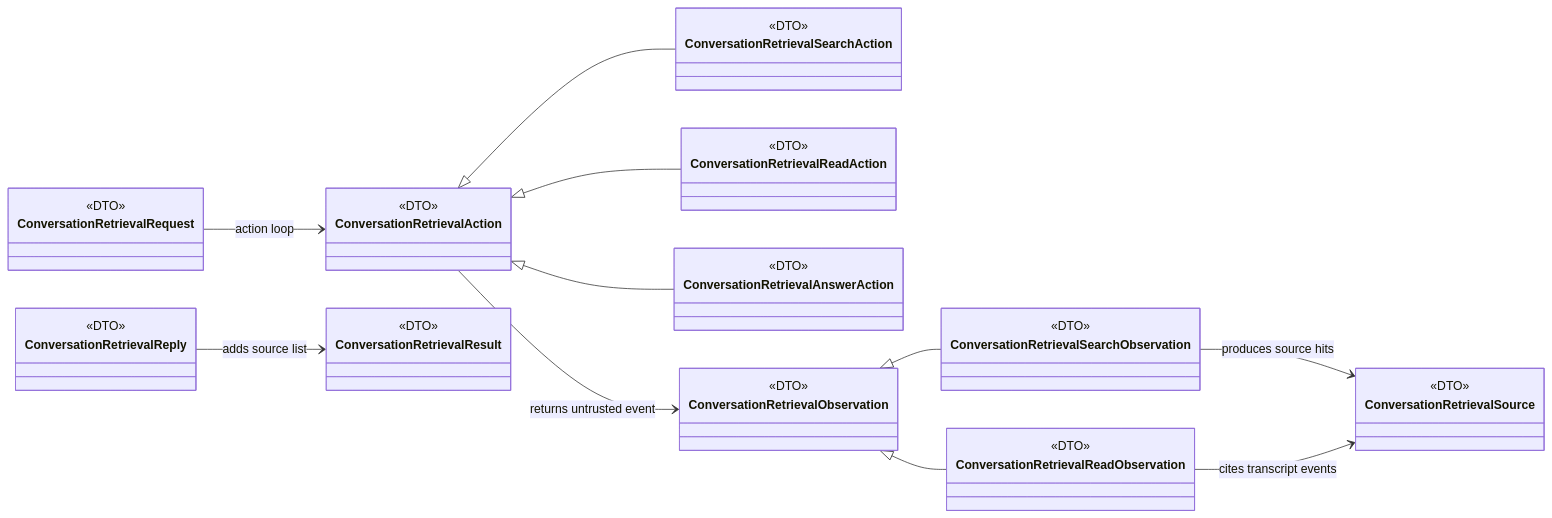
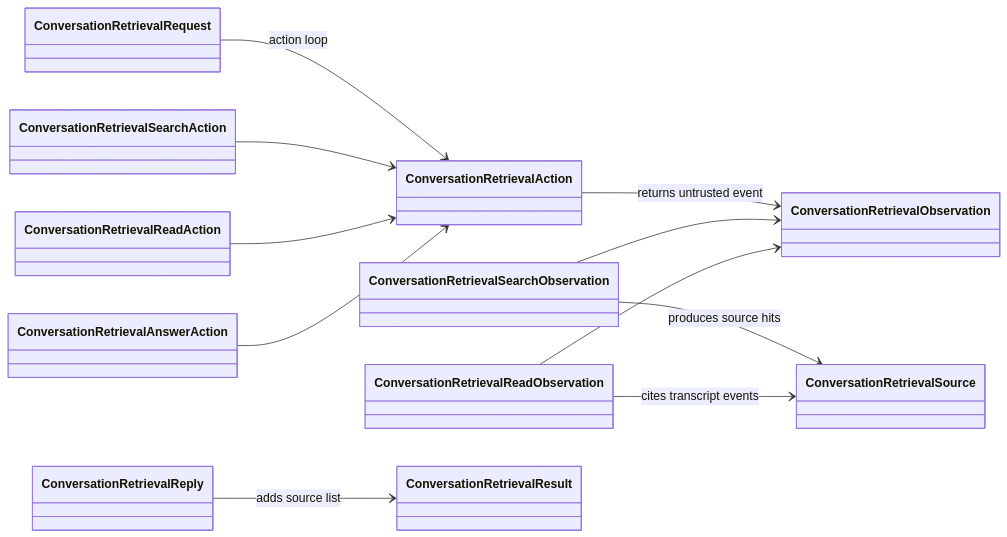
Before and after one commit to Kims-DeveloperGroup/story-writing-agents: the fifth of 5 diagrams in docs/design/overview.md, drawn with Mermaid. The commit also changed other lines of this file, not shown here.

Commit message:
Simplify object-level mermaid topology diagram

````diff
--- a/docs/design/overview.md
+++ b/docs/design/overview.md
@@ -277,26 +287,26 @@
 ```mermaid
 classDiagram
     direction LR
-    class ConversationRetrievalRequest <<DTO>>
-    class ConversationRetrievalAction <<DTO>>
-    class ConversationRetrievalSearchAction <<DTO>>
-    class ConversationRetrievalReadAction <<DTO>>
-    class ConversationRetrievalAnswerAction <<DTO>>
-    class ConversationRetrievalObservation <<DTO>>
-    class ConversationRetrievalSearchObservation <<DTO>>
-    class ConversationRetrievalReadObservation <<DTO>>
-    class ConversationRetrievalSource <<DTO>>
-    class ConversationRetrievalResult <<DTO>>
-    class ConversationRetrievalReply <<DTO>>
+    class ConversationRetrievalRequest
+    class ConversationRetrievalAction
+    class ConversationRetrievalSearchAction
+    class ConversationRetrievalReadAction
+    class ConversationRetrievalAnswerAction
+    class ConversationRetrievalObservation
+    class ConversationRetrievalSearchObservation
+    class ConversationRetrievalReadObservation
+    class ConversationRetrievalSource
+    class ConversationRetrievalResult
+    class ConversationRetrievalReply
 
     ConversationRetrievalRequest --> ConversationRetrievalAction : action loop
-    ConversationRetrievalAction <|-- ConversationRetrievalSearchAction
-    ConversationRetrievalAction <|-- ConversationRetrievalReadAction
-    ConversationRetrievalAction <|-- ConversationRetrievalAnswerAction
+    ConversationRetrievalSearchAction --> ConversationRetrievalAction
+    ConversationRetrievalReadAction --> ConversationRetrievalAction
+    ConversationRetrievalAnswerAction --> ConversationRetrievalAction
     ConversationRetrievalAction --> ConversationRetrievalObservation : returns untrusted event
-    ConversationRetrievalObservation <|-- ConversationRetrievalSearchObservation
-    ConversationRetrievalObservation <|-- ConversationRetrievalReadObservation
+    ConversationRetrievalSearchObservation --> ConversationRetrievalObservation
+    ConversationRetrievalReadObservation --> ConversationRetrievalObservation
     ConversationRetrievalSearchObservation --> ConversationRetrievalSource : produces source hits
     ConversationRetrievalReadObservation --> ConversationRetrievalSource : cites transcript events
     ConversationRetrievalReply --> ConversationRetrievalResult : adds source list
 ```
````
